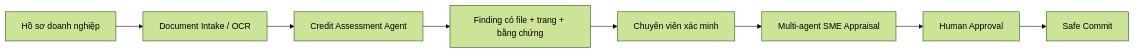
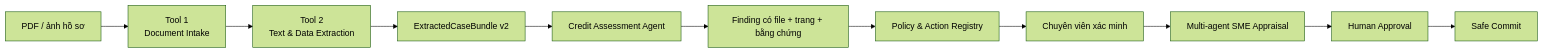
Before and after one commit to caochihai/duskdash: the diagram in README.md, drawn with Mermaid (forest theme). The commit also changed other lines of this file and 26 other files, not shown here.

Commit message:
Upgrade credit assessment microservice to policy-grounded v2

````diff
--- a/README.md
+++ b/README.md
@@ -27,10 +28,13 @@
 ```mermaid
 flowchart LR
-    A[Hồ sơ doanh nghiệp] --> B[Document Intake / OCR]
-    B --> C[Credit Assessment Agent]
-    C --> D[Finding có file + trang + bằng chứng]
-    D --> E[Chuyên viên xác minh]
-    E --> F[Multi-agent SME Appraisal]
-    F --> G[Human Approval]
-    G --> H[Safe Commit]
+    A[PDF / ảnh hồ sơ] --> B[Tool 1<br/>Document Intake]
+    B --> C[Tool 2<br/>Text & Data Extraction]
+    C --> D[ExtractedCaseBundle v2]
+    D --> E[Credit Assessment Agent]
+    E --> F[Finding có file + trang + bằng chứng]
+    F --> G[Policy & Action Registry]
+    G --> H[Chuyên viên xác minh]
+    H --> I[Multi-agent SME Appraisal]
+    I --> J[Human Approval]
+    J --> K[Safe Commit]
 ```
````
